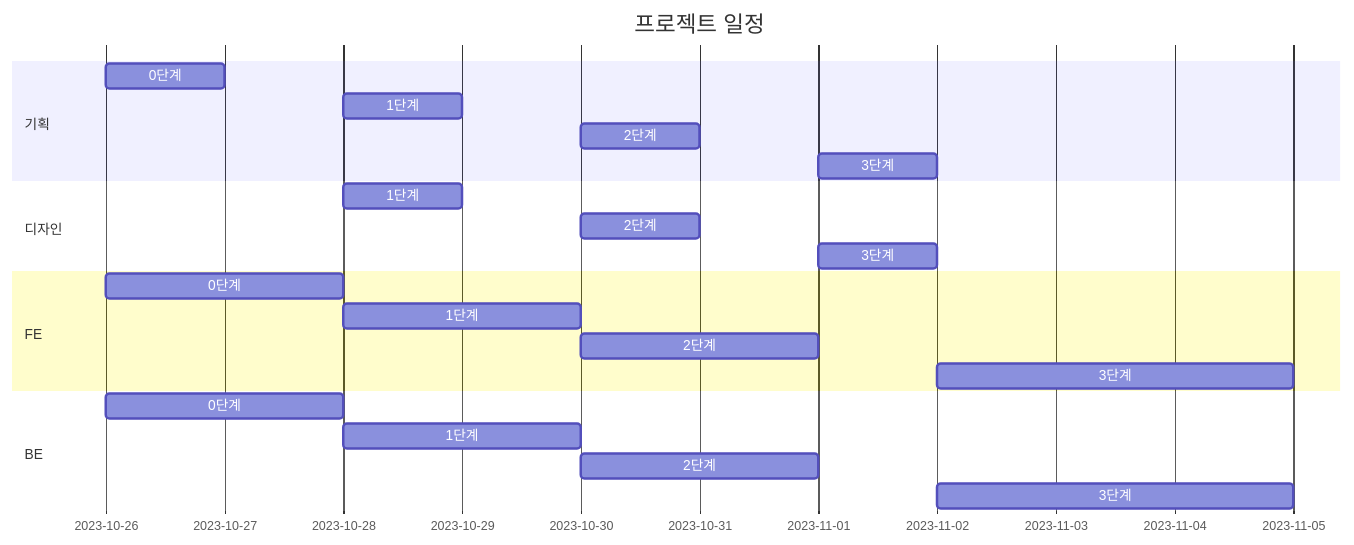
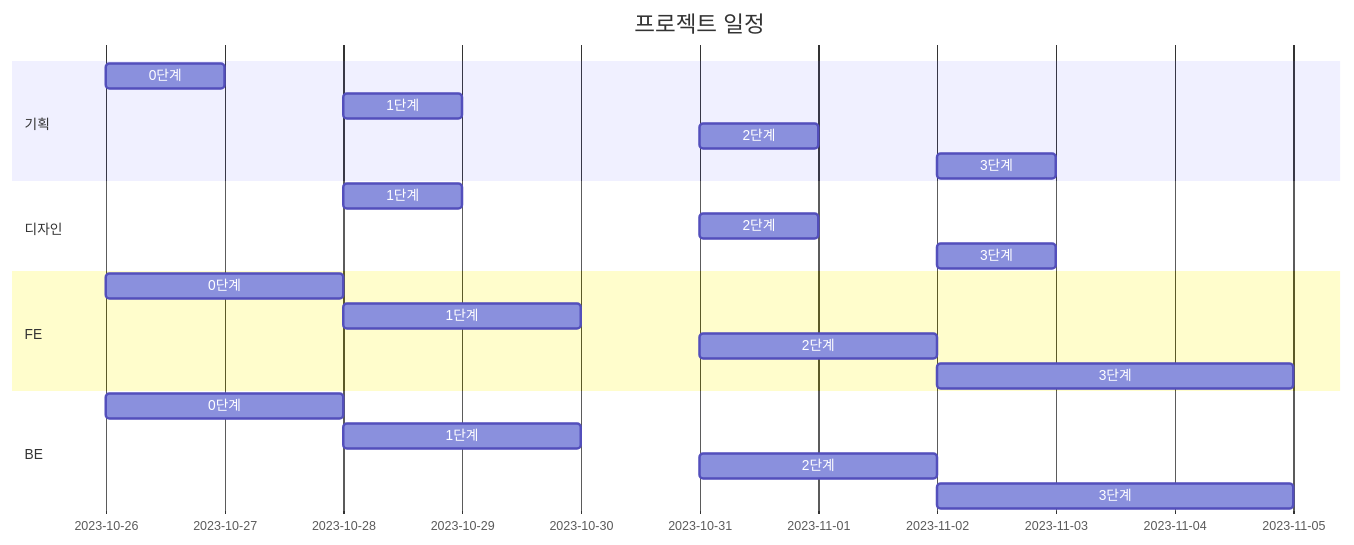
The diagram in README.md (nayeongdev/EatWell), drawn with Mermaid before and after one commit. The commit also changed other lines of this file and 1 other file, not shown here.

````diff
--- a/README.md
+++ b/README.md
@@ -3,24 +3,24 @@
 ```mermaid
 gantt
     title 프로젝트 일정
     dateFormat YY-MM-DD
     section 기획
         0단계    :2023-10-26, 1d
         1단계    :2023-10-28, 1d
-        2단계    :2023-10-30, 1d
-        3단계    :2023-11-1, 1d
+        2단계    :2023-10-31, 1d
+        3단계    :2023-11-2, 1d
     section 디자인
         1단계    :2023-10-28, 1d
-        2단계    :2023-10-30, 1d
-        3단계    :2023-11-1, 1d
+        2단계    :2023-10-31, 1d
+        3단계    :2023-11-2, 1d
     section FE
         0단계    :2023-10-26, 2d
         1단계    :2023-10-28, 2d
-        2단계    :2023-10-30, 2d
+        2단계    :2023-10-31, 2d
         3단계    :2023-11-2, 3d
     section BE
         0단계    :2023-10-26, 2d
         1단계    :2023-10-28, 2d
-        2단계    :2023-10-30, 2d
+        2단계    :2023-10-31, 2d
         3단계    :2023-11-2, 3d
 ```
````
